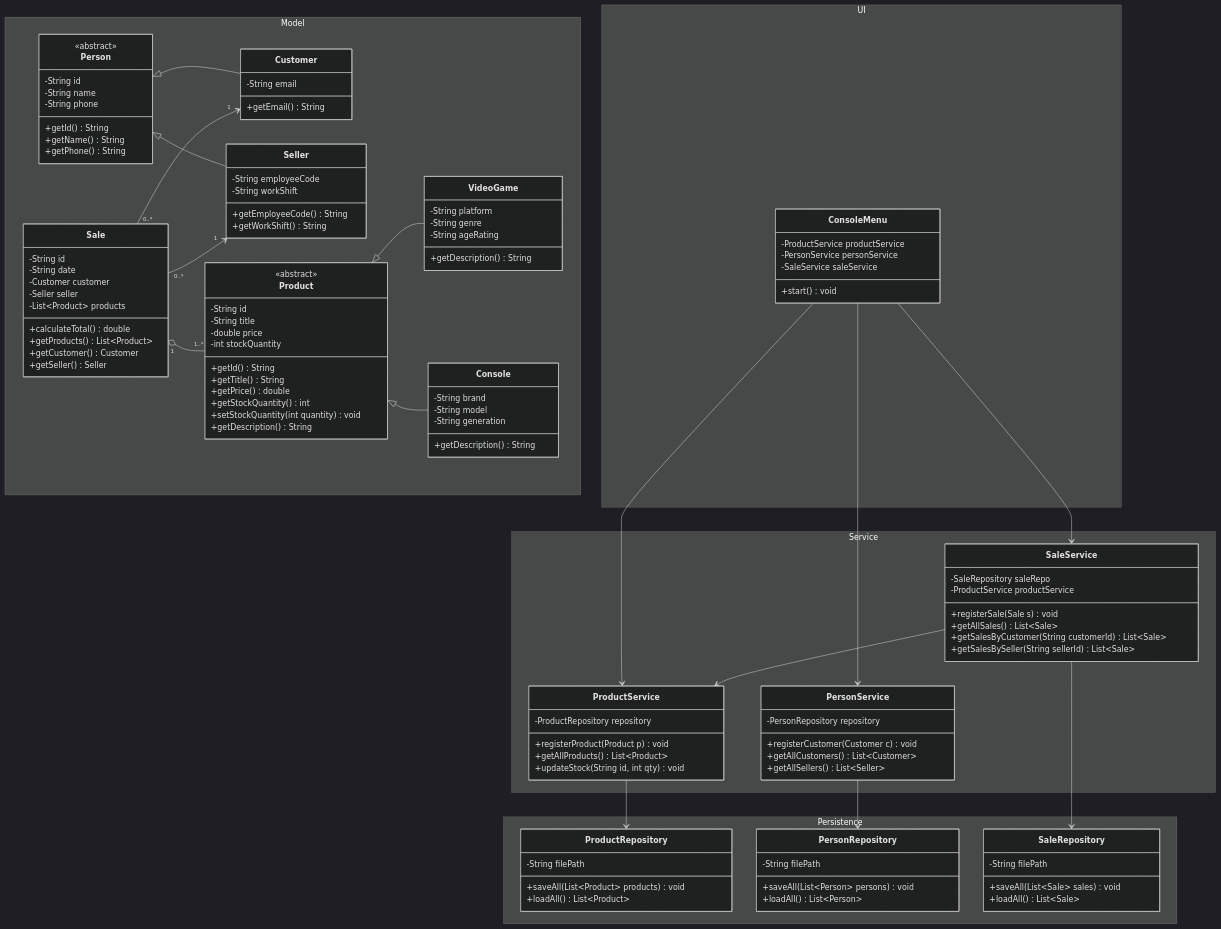
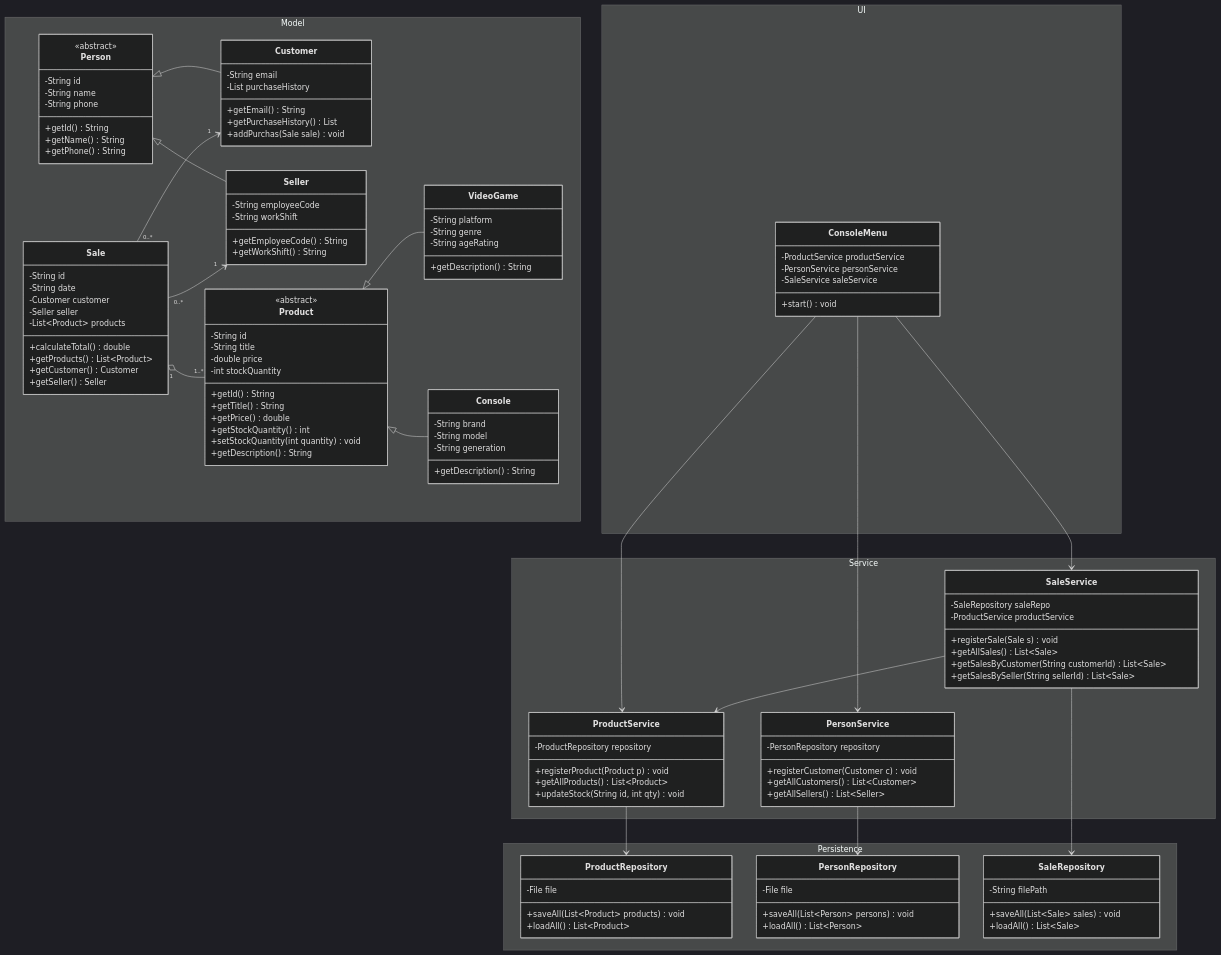
One commit to JhonfczDev/Taller2-GameZoneUnicesar-Capas changed the diagram in docs/class-diagram.md. Above: the diagram before and after it, drawn with Mermaid (dark theme).

Commit message:
fix: correct minor details in the class diagram

```diff
--- a/docs/class-diagram.md
+++ b/docs/class-diagram.md
@@ -13,7 +13,10 @@
 
         class Customer {
             -String email
+            -List<Sale> purchaseHistory
             +getEmail() String
+            +getPurchaseHistory() List<Sale>
+            +addPurchas(Sale sale) void
         }
 
         class Seller {
@@ -100,13 +103,13 @@
 
     namespace Persistence {
         class ProductRepository {
-            -String filePath
+            -File file
             +saveAll(List~Product~ products) void
             +loadAll() List~Product~
         }
 
         class PersonRepository {
-            -String filePath
+            -File file
             +saveAll(List~Person~ persons) void
             +loadAll() List~Person~
         }
```
